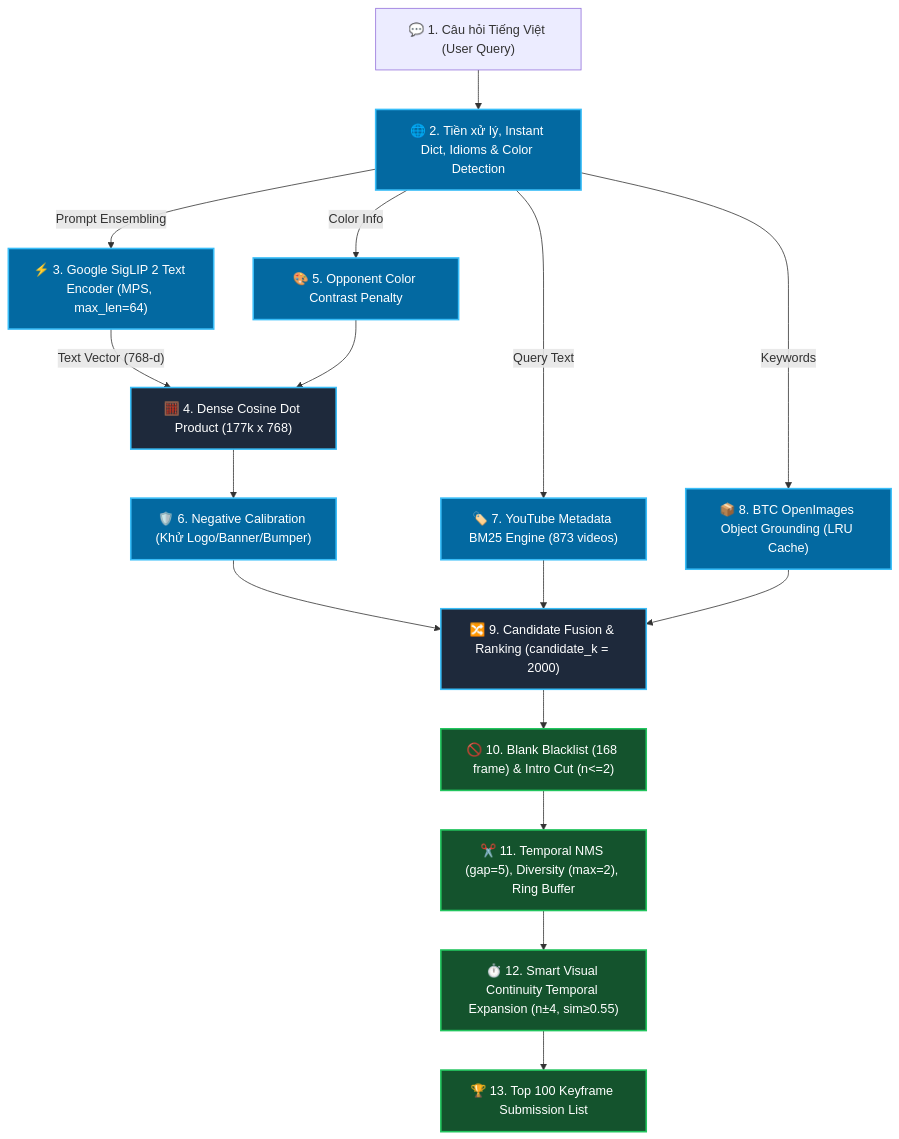
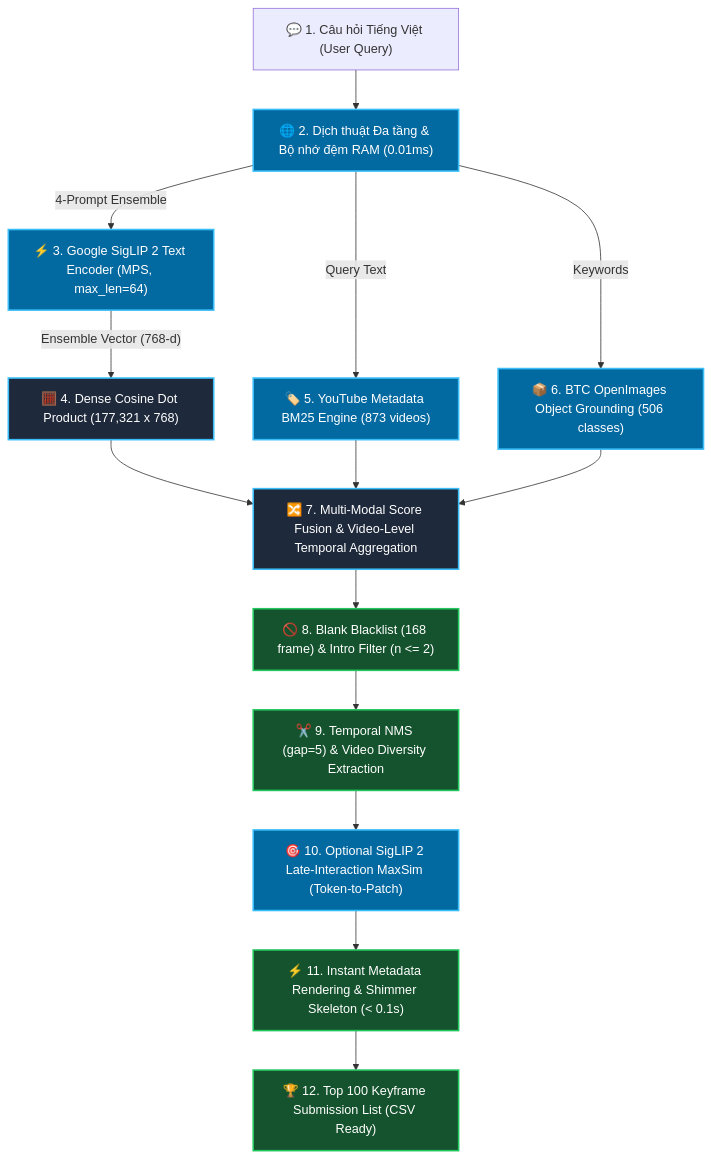
Before and after one commit to bminhnemhoi/ai-challenge-2026: the diagram in src/task1_kis/PIPELINE_ARCHITECTURE.md, drawn with Mermaid. The commit also changed other lines of this file, not shown here.

Commit message:
docs: update PIPELINE_ARCHITECTURE.md with complete 10-stage architecture and benchmarks

````diff
--- a/src/task1_kis/PIPELINE_ARCHITECTURE.md
+++ b/src/task1_kis/PIPELINE_ARCHITECTURE.md
@@ -20,33 +21,29 @@
 ```mermaid
 flowchart TD
-    node_input["💬 1. Câu hỏi Tiếng Việt (User Query)"] --> node_prep["🌐 2. Tiền xử lý, Instant Dict, Idioms & Color Detection"]
+    node_input["💬 1. Câu hỏi Tiếng Việt (User Query)"] --> node_prep["🌐 2. Dịch thuật Đa tầng & Bộ nhớ đệm RAM (0.01ms)"]
     
-    node_prep -->|"Prompt Ensembling"| node_text_enc["⚡ 3. Google SigLIP 2 Text Encoder (MPS, max_len=64)"]
-    node_text_enc -->|"Text Vector (768-d)"| node_dense_sim["🧮 4. Dense Cosine Dot Product (177k x 768)"]
+    node_prep -->|"4-Prompt Ensemble"| node_text_enc["⚡ 3. Google SigLIP 2 Text Encoder (MPS, max_len=64)"]
+    node_text_enc -->|"Ensemble Vector (768-d)"| node_dense_sim["🧮 4. Dense Cosine Dot Product (177,321 x 768)"]
     
-    node_prep -->|"Color Info"| node_opp_color["🎨 5. Opponent Color Contrast Penalty"]
-    node_opp_color --> node_dense_sim
+    node_prep -->|"Query Text"| node_bm25["🏷️ 5. YouTube Metadata BM25 Engine (873 videos)"]
+    node_prep -->|"Keywords"| node_obj_ground["📦 6. BTC OpenImages Object Grounding (506 classes)"]
     
-    node_dense_sim --> node_neg_calib["🛡️ 6. Negative Calibration (Khử Logo/Banner/Bumper)"]
-    
-    node_prep -->|"Query Text"| node_bm25["🏷️ 7. YouTube Metadata BM25 Engine (873 videos)"]
-    node_prep -->|"Keywords"| node_obj_ground["📦 8. BTC OpenImages Object Grounding (LRU Cache)"]
-    
-    node_neg_calib --> node_fusion["🔀 9. Candidate Fusion & Ranking (candidate_k = 2000)"]
+    node_dense_sim --> node_fusion["🔀 7. Multi-Modal Score Fusion & Video-Level Temporal Aggregation"]
     node_bm25 --> node_fusion
     node_obj_ground --> node_fusion
     
-    node_fusion --> node_filter["🚫 10. Blank Blacklist (168 frame) & Intro Cut (n<=2)"]
-    node_filter --> node_nms["✂️ 11. Temporal NMS (gap=5), Diversity (max=2), Ring Buffer"]
-    node_nms --> node_exp["⏱️ 12. Smart Visual Continuity Temporal Expansion (n±4, sim≥0.55)"]
+    node_fusion --> node_filter["🚫 8. Blank Blacklist (168 frame) & Intro Filter (n <= 2)"]
+    node_filter --> node_nms["✂️ 9. Temporal NMS (gap=5) & Video Diversity Extraction"]
+    node_nms --> node_rerank["🎯 10. Optional SigLIP 2 Late-Interaction MaxSim (Token-to-Patch)"]
+    node_rerank --> node_ui["⚡ 11. Instant Metadata Rendering & Shimmer Skeleton (< 0.1s)"]
     
-    node_exp --> node_output["🏆 13. Top 100 Keyframe Submission List"]
+    node_ui --> node_output["🏆 12. Top 100 Keyframe Submission List (CSV Ready)"]
 
     classDef primary fill:#1e293b,stroke:#38bdf8,stroke-width:2px,color:#fff;
     classDef highlight fill:#0369a1,stroke:#38bdf8,stroke-width:2px,color:#fff;
     classDef success fill:#14532d,stroke:#22c55e,stroke-width:2px,color:#fff;
     
     class node_dense_sim,node_fusion primary;
-    class node_prep,node_text_enc,node_opp_color,node_neg_calib,node_bm25,node_obj_ground highlight;
-    class node_filter,node_nms,node_exp,node_output success;
+    class node_prep,node_text_enc,node_bm25,node_obj_ground,node_rerank highlight;
+    class node_filter,node_nms,node_ui,node_output success;
 ```
````
